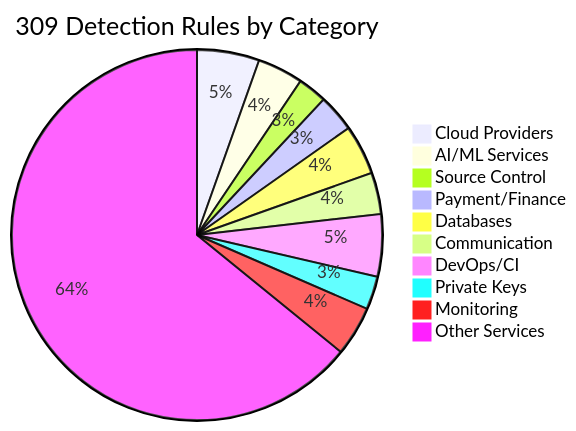
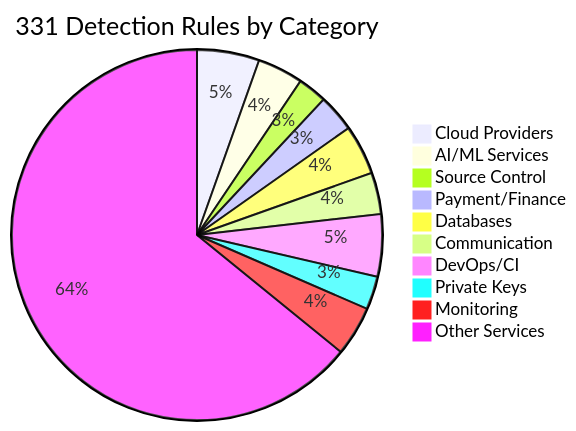
Diagram 32 of 37 in docs/training/01-core-detection-engine.md (svemulapati/CredVigil), drawn with Mermaid before and after one commit. The commit also changed other lines of this file and 5 other files, not shown here.

First line of the commit message:
feat: add 22 GitLeaks-parity detection rules (309 → 331)

````diff
--- a/docs/training/01-core-detection-engine.md
+++ b/docs/training/01-core-detection-engine.md
@@ -1827,13 +1827,13 @@
 ```mermaid
-pie title 309 Detection Rules by Category
+pie title 331 Detection Rules by Category
     "Cloud Providers" : 15
     "AI/ML Services" : 11
     "Source Control" : 7
     "Payment/Finance" : 9
     "Databases" : 12
     "Communication" : 10
     "DevOps/CI" : 15
     "Private Keys" : 8
     "Monitoring" : 12
     "Other Services" : 177
 ```
````
